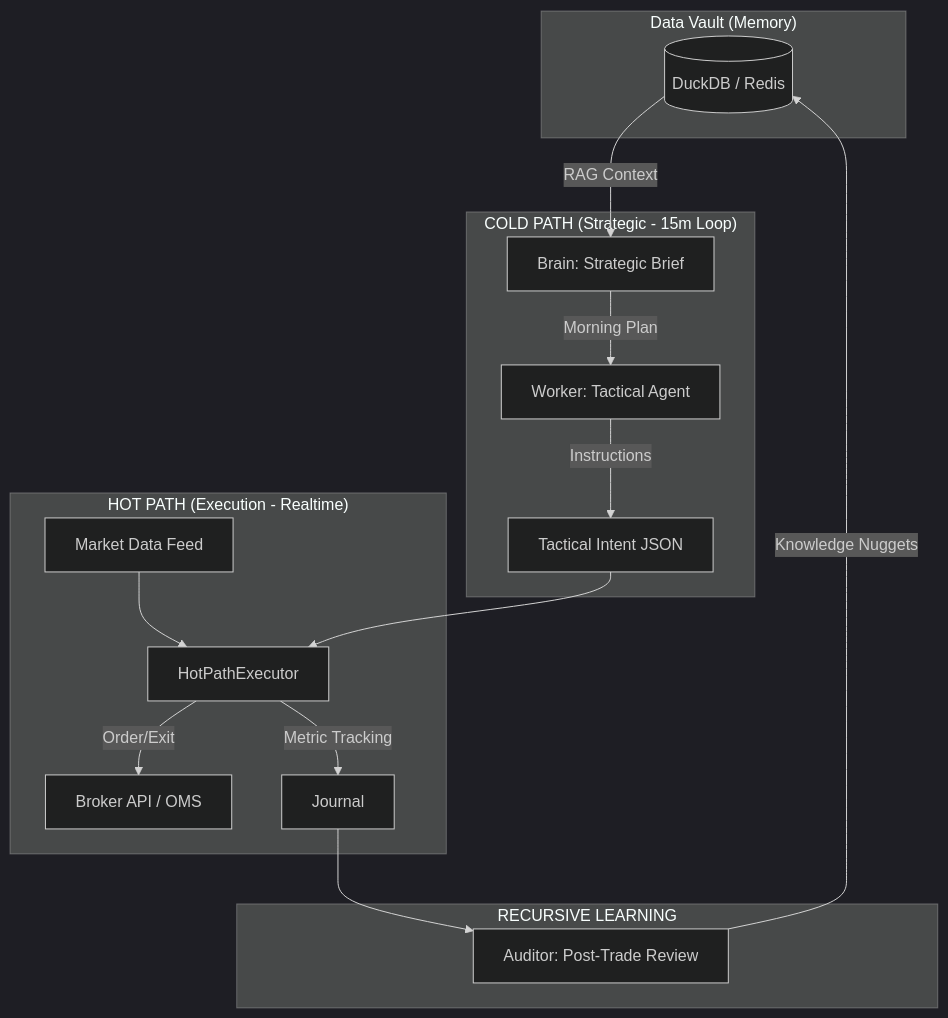
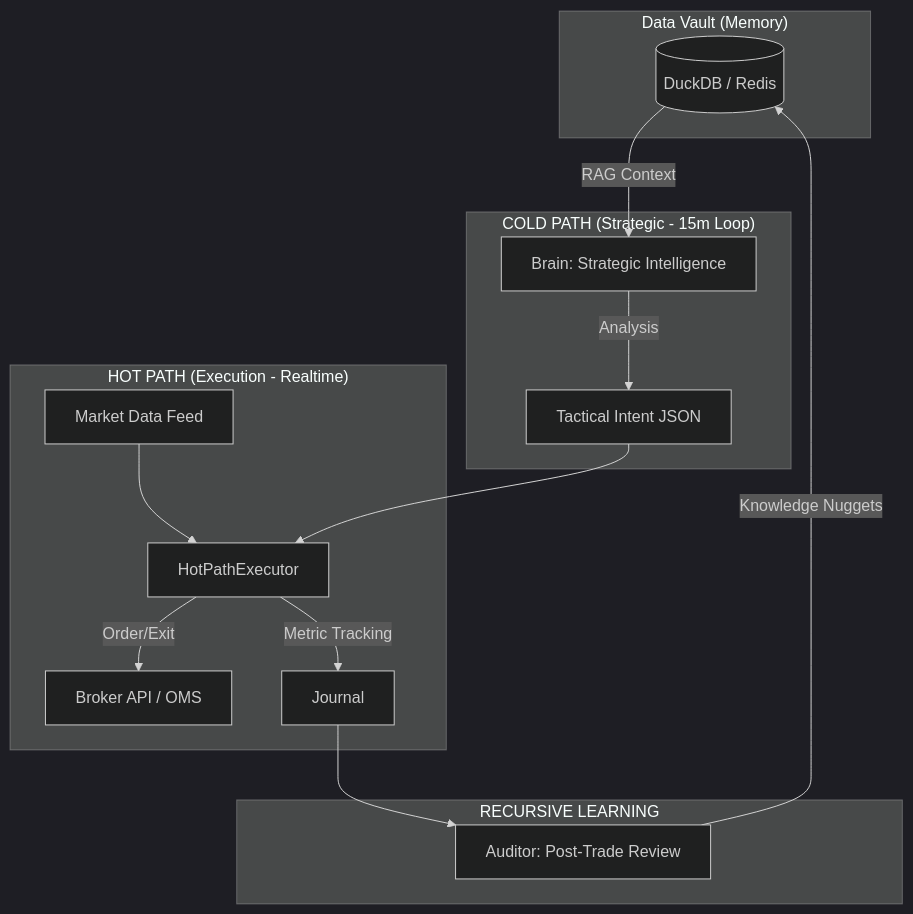
The diagram in PROJECT_EXPLAINER.md (Amitshukla2308/Stock-ai-beast), drawn with Mermaid (dark theme) before and after one commit. The commit also changed other lines of this file and 7 other files, not shown here.

First line of the commit message:
Architecture updates and n8n integration prep

````diff
--- a/PROJECT_EXPLAINER.md
+++ b/PROJECT_EXPLAINER.md
@@ -41,24 +41,23 @@
 ```mermaid
 graph TD
     subgraph "Data Vault (Memory)"
         DB[(DuckDB / Redis)]
     end
 
     subgraph "COLD PATH (Strategic - 15m Loop)"
-        B[Brain: Strategic Brief] --> |Morning Plan| W[Worker: Tactical Agent]
-        W --> |Instructions| P[Tactical Intent JSON]
+        B[Brain: Strategic Intelligence] --> |Analysis| P[Tactical Intent JSON]
     end
 
     subgraph "HOT PATH (Execution - Realtime)"
         M[Market Data Feed] --> H[HotPathExecutor]
         P --> H
         H --> |Order/Exit| O[Broker API / OMS]
         H --> |Metric Tracking| J[Journal]
     end
 
     subgraph "RECURSIVE LEARNING"
         J --> A[Auditor: Post-Trade Review]
         A --> |Knowledge Nuggets| DB
         DB --> |RAG Context| B
     end
 ```
````
